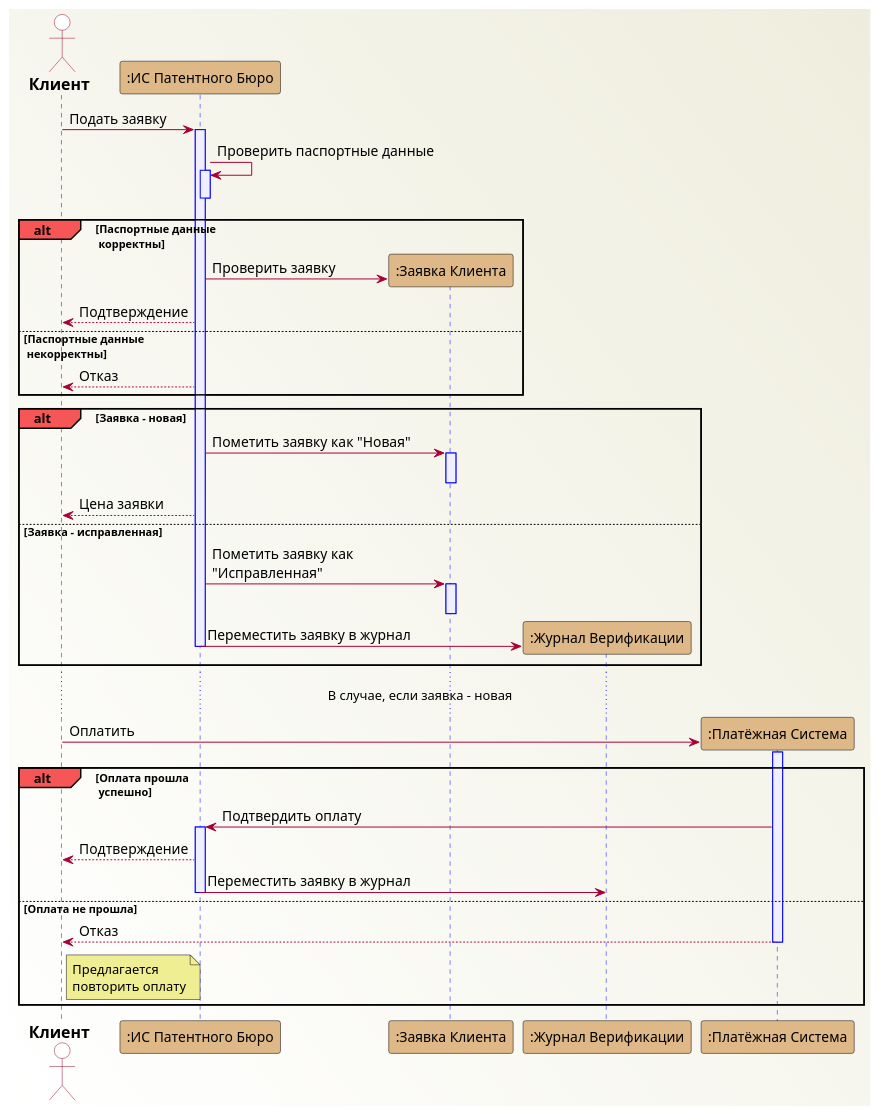
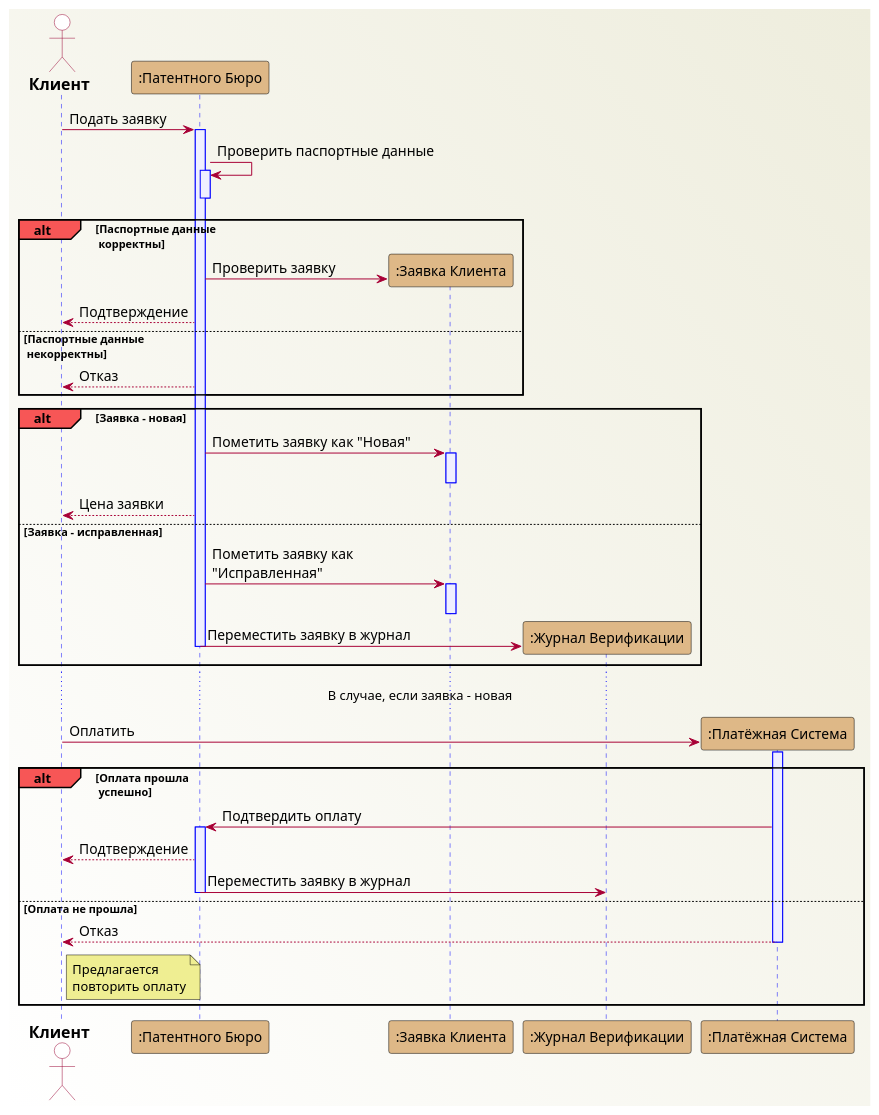
One commit to DenisFV/Architect changed the diagram in uml-diagrams/core/SequenceDiagram.puml. Above: the diagram before and after it, drawn with PlantUML. The commit also changed 7 other files, not shown here.

Commit message:
Fix diagrams

```diff
--- a/uml-diagrams/core/SequenceDiagram.puml
+++ b/uml-diagrams/core/SequenceDiagram.puml
@@ -1,83 +1,83 @@
 @startuml
 scale 1.1
 
 skinparam {
 backgroundColor white\#EEEDDD
 
 ParticipantPadding 0
 
 ActorBackgroundColor white
 ActorBordercolor #990434
 actorFontSize 16
 actorFontStyle bold
 
 ParticipantBorderColor black
 ParticipantBackgroundColor burlywood
 ParticipantFontColor black
 
 sequenceLifeLineBorderColor blue
 sequenceLifeLineBackgroundColor motivation
 
 sequenceGroupBackgroundColor #f75656
 
 arrowColor #A80036
 arrowFontSize 14
 
 noteBackgroundColor #efee92
 notebordercolor black
 }
 
 
 actor "Клиент" as client order 1
-participant ":ИС Патентного Бюро" as system order 2
+participant ":Патентного Бюро" as system order 2
 
 client -> system : Подать заявку
 activate system
     system -> system : Проверить паспортные данные
     activate system
     deactivate system
 
 alt Паспортные данные\n корректны
     create participant ":Заявка Клиента" as application order 3
     system -> application : Проверить заявку
     system --> client : Подтверждение
 
 else Паспортные данные\n некорректны
     system --> client : Отказ
 end
 
 alt Заявка - новая
     system -> application : Пометить заявку как "Новая"
     activate application
     deactivate application
     system --> client : Цена заявки
 else Заявка - исправленная
     system -> application : Пометить заявку как\n"Исправленная"
     activate application
     deactivate application
     create participant ":Журнал Верификации" as verifier order 4
     system -> verifier : Переместить заявку в журнал
     deactivate system
 end
 
 create participant ":Платёжная Система" as pay order 5
 ...<size:13>В случае, если заявка - новая</size>...
 client -> pay : Оплатить
 activate pay
 
 alt Оплата прошла\n успешно
     pay -> system : Подтвердить оплату
     activate system
     system --> client : Подтверждение
     system -> verifier : Переместить заявку в журнал
     deactivate system
 else Оплата не прошла
      pay --> client : Отказ
      note right of client
          Предлагается
          повторить оплату
      end note
      deactivate pay
 end
 
 @enduml
```
